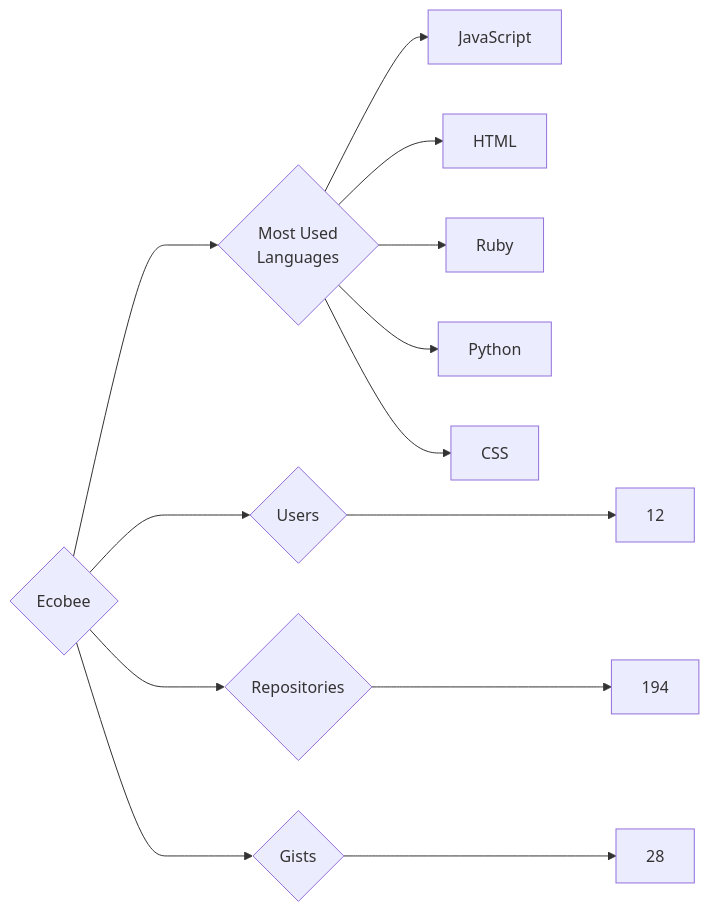
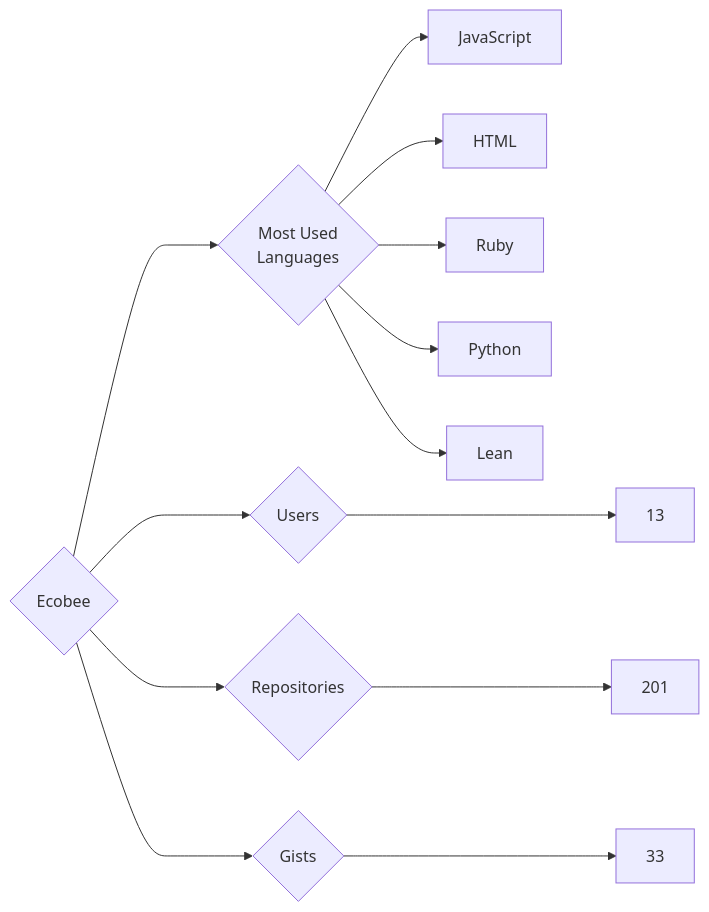
One commit to trickest/insiders changed the diagram in targets/Ecobee/README.md. Above: the diagram before and after it, drawn with Mermaid. The commit also changed 681 other files, not shown here.

````diff
--- a/targets/Ecobee/README.md
+++ b/targets/Ecobee/README.md
@@ -3,13 +3,13 @@
 ```mermaid
 graph LR
 COMPANY_NAME{Ecobee}
-COMPANY_NAME ---> U{Users} ---> UN[12]
-COMPANY_NAME ---> R{Repositories} ---> RN[194]
-COMPANY_NAME ---> G{Gists} ---> GN[28]
+COMPANY_NAME ---> U{Users} ---> UN[13]
+COMPANY_NAME ---> R{Repositories} ---> RN[201]
+COMPANY_NAME ---> G{Gists} ---> GN[33]
 COMPANY_NAME ---> ML{Most Used<br>Languages}
 ML --> JavaScript[JavaScript]
 ML --> HTML[HTML]
 ML --> Ruby[Ruby]
 ML --> Python[Python]
-ML --> CSS[CSS]
+ML --> Lean[Lean]
 ```
````
